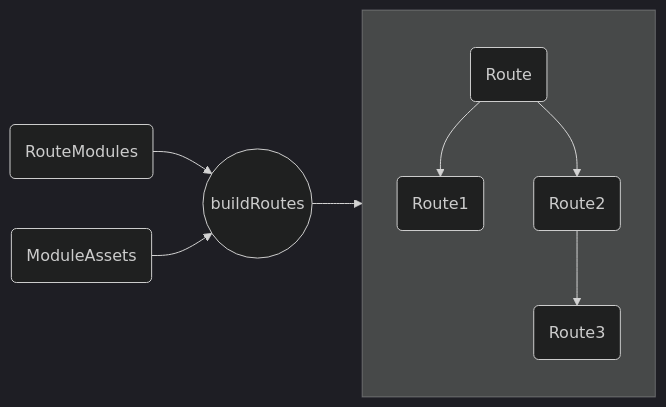
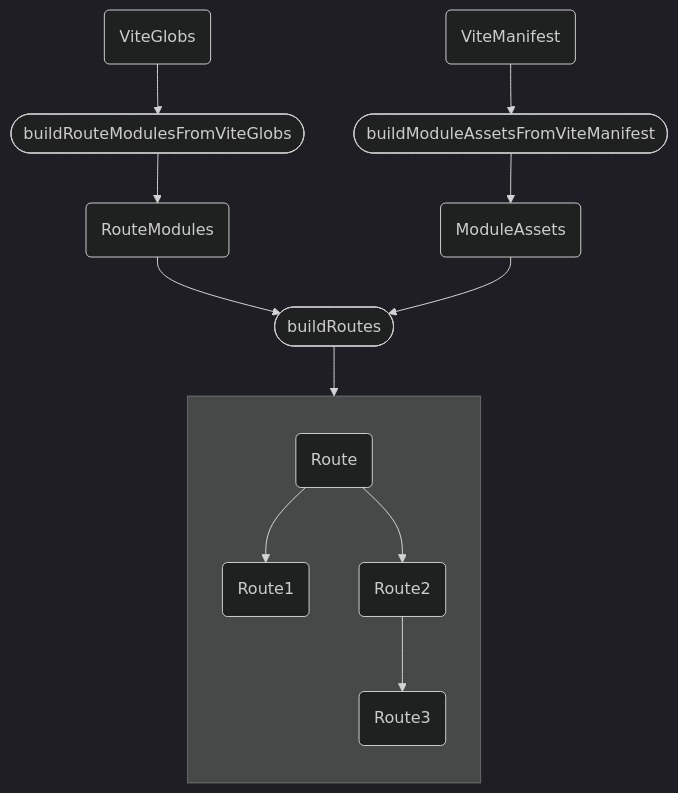
Before and after one commit to eu-ge-ne/enrouter: the diagram in apps/web/src/app/docs/arch/routes/content.md, drawn with Mermaid (dark theme). The commit also changed other lines of this file and 5 other files, not shown here.

````diff
--- a/apps/web/src/app/docs/arch/routes/content.md
+++ b/apps/web/src/app/docs/arch/routes/content.md
@@ -5,20 +6,32 @@
 ```mermaid
-graph LR;
+graph TB
+  VG(ViteGlobs)
+  VM(ViteManifest)
+  BRM([buildRouteModulesFromViteGlobs])
+  BMA([buildModuleAssetsFromViteManifest])
   RM(RouteModules)
   MA(ModuleAssets)
-  BR((buildRoutes))
+  BR([buildRoutes])
   subgraph RTT [" "]
+    direction TB
+
     RT(Route)
     RT1(Route1)
     RT2(Route2)
     RT3(Route3)
 
     RT-->RT1
     RT-->RT2
     RT2-->RT3
-  end
+  end;
 
+  VG-->BRM
+  BRM-->RM
   RM-->BR
+
+  VM-->BMA
+  BMA-->MA
   MA-->BR
+
   BR-->RTT
 ```
````
